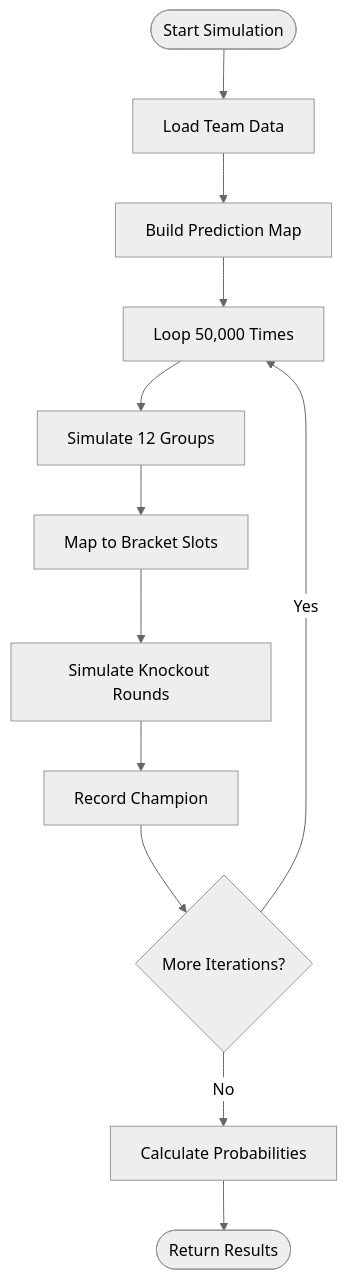
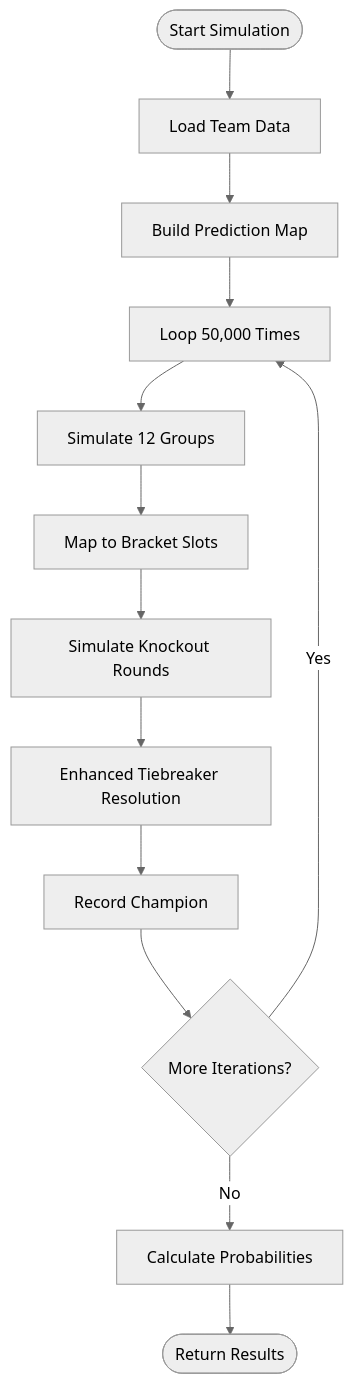
Before and after one commit to cheesiong/WC26-qwen: the fifth of 7 diagrams in .qoder/repowiki/en/content/API Reference/Tournament API/Tournament Simulation System.md, drawn with Mermaid (neutral theme). The commit also changed other lines of this file and 49 other files, not shown here.

````diff
--- a/.qoder/repowiki/en/content/API Reference/Tournament API/Tournament Simulation System.md
+++ b/.qoder/repowiki/en/content/API Reference/Tournament API/Tournament Simulation System.md
@@ -206,14 +347,15 @@
 ```mermaid
 flowchart TD
 Start([Start Simulation]) --> LoadData[Load Team Data]
 LoadData --> BuildPredMap[Build Prediction Map]
 BuildPredMap --> Loop[Loop 50,000 Times]
 Loop --> GroupSim[Simulate 12 Groups]
 GroupSim --> MapSlots[Map to Bracket Slots]
 MapSlots --> KnockoutSim[Simulate Knockout Rounds]
-KnockoutSim --> RecordWinner[Record Champion]
+KnockoutSim --> ResolveTie[Enhanced Tiebreaker Resolution]
+ResolveTie --> RecordWinner[Record Champion]
 RecordWinner --> MoreIterations{More Iterations?}
 MoreIterations --> |Yes| Loop
 MoreIterations --> |No| CalculateStats[Calculate Probabilities]
 CalculateStats --> End([Return Results])
 ```
````
